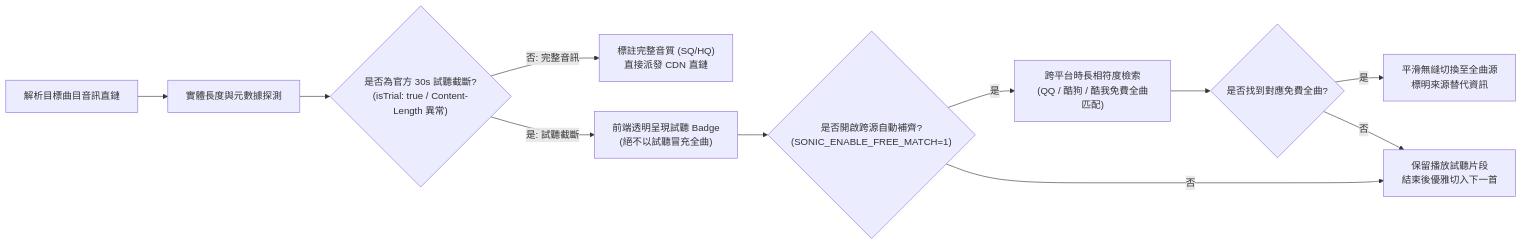
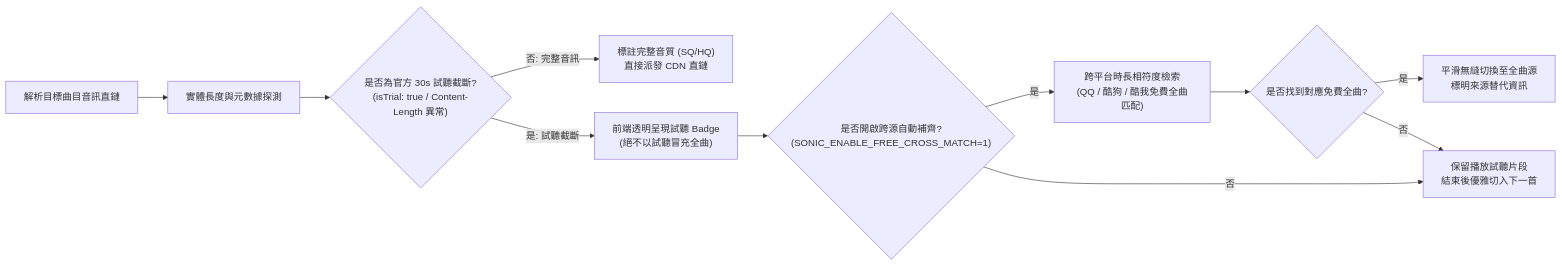
Before and after one commit to shijianus/sonic: the second of 2 diagrams in README.md, drawn with Mermaid. The commit also changed other lines of this file and 8 other files, not shown here.

First line of the commit message:
fix(config): 统一版本/UA 并为 cross-match 开关保留旧环境变量别名

````diff
--- a/README.md
+++ b/README.md
@@ -125,13 +140,13 @@
 ```mermaid
 flowchart LR
   Start["解析目標曲目音訊直鏈"] --> Probe["實體長度與元數據探測"]
   Probe --> Check{"是否為官方 30s 試聽截斷?<br/>(isTrial: true / Content-Length 異常)"}
   Check -->|否: 完整音訊| DirectPlay["標註完整音質 (SQ/HQ)<br/>直接派發 CDN 直鏈"]
   Check -->|是: 試聽截斷| Badge["前端透明呈現試聽 Badge<br/>(絕不以試聽冒充全曲)"]
-  Badge --> AutoFallback{"是否開啟跨源自動補齊?<br/>(SONIC_ENABLE_FREE_MATCH=1)"}
+  Badge --> AutoFallback{"是否開啟跨源自動補齊?<br/>(SONIC_ENABLE_FREE_CROSS_MATCH=1)"}
   AutoFallback -->|是| CrossMatch["跨平台時長相符度檢索<br/>(QQ / 酷狗 / 酷我免費全曲匹配)"]
   CrossMatch --> MatchFound{"是否找到對應免費全曲?"}
   MatchFound -->|是| ReplacePlay["平滑無縫切換至全曲源<br/>標明來源替代資訊"]
   MatchFound -->|否| PlayTrial["保留播放試聽片段<br/>結束後優雅切入下一首"]
   AutoFallback -->|否| PlayTrial
 ```
````
